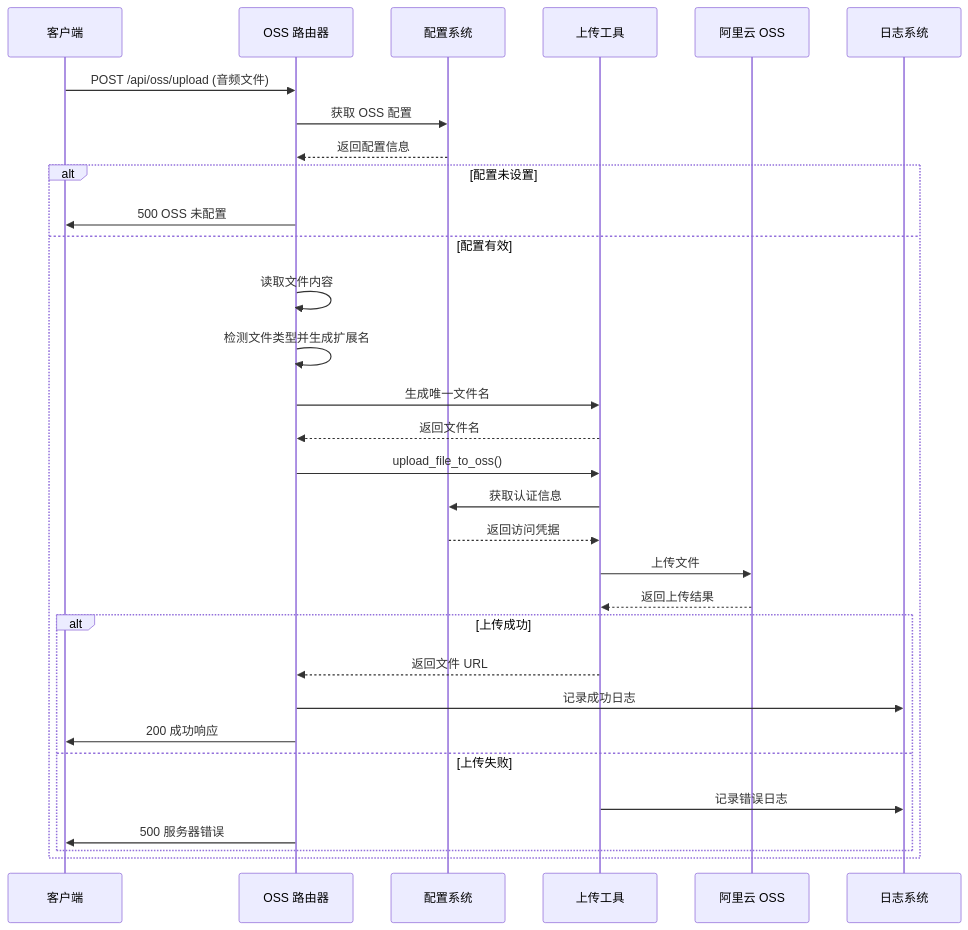
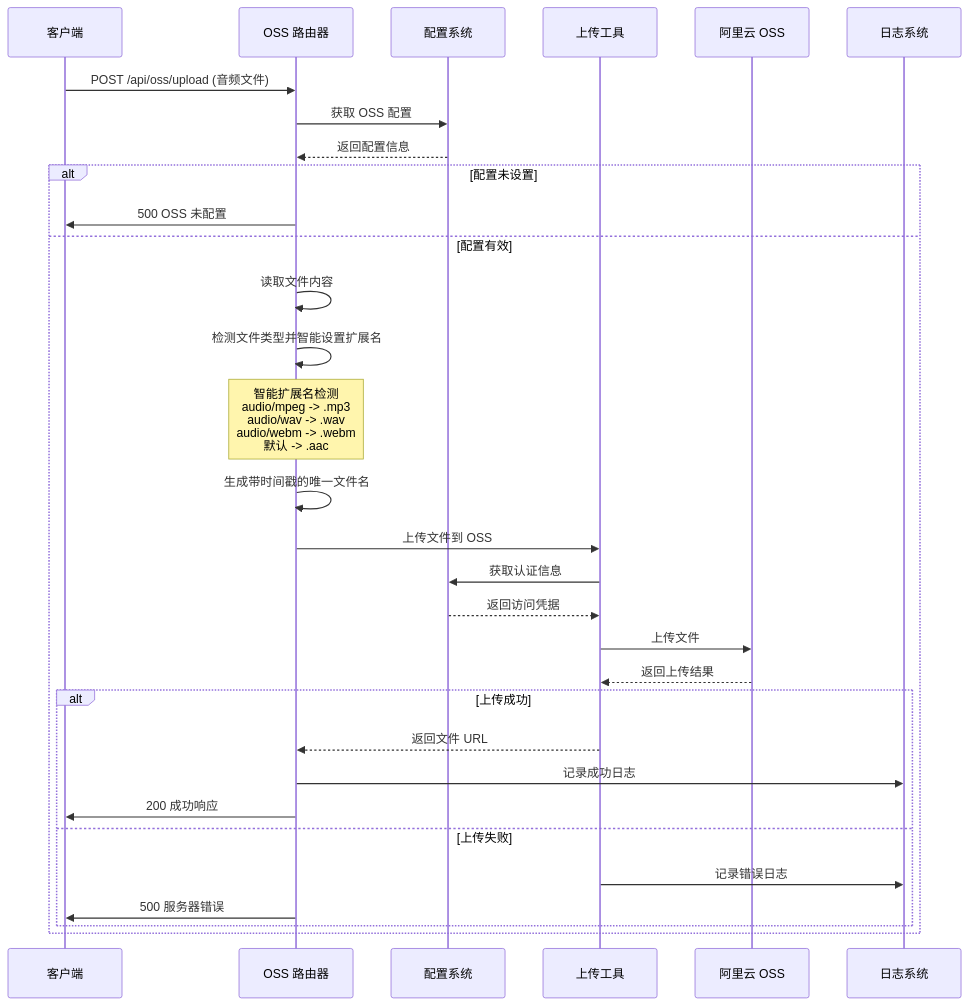
The third of 6 diagrams in .qoder/repowiki/zh/content/架构设计/核心组件详解/网关 API/对象存储路由器.md (hbxfhrg/deer-flow), drawn with Mermaid before and after one commit. The commit also changed other lines of this file and 18 other files, not shown here.

````diff
--- a/.qoder/repowiki/zh/content/架构设计/核心组件详解/网关 API/对象存储路由器.md
+++ b/.qoder/repowiki/zh/content/架构设计/核心组件详解/网关 API/对象存储路由器.md
@@ -195,33 +224,33 @@
 ```mermaid
 sequenceDiagram
 participant Client as 客户端
 participant Router as OSS 路由器
 participant Config as 配置系统
 participant Utils as 上传工具
 participant OSS as 阿里云 OSS
 participant Logger as 日志系统
 Client->>Router : POST /api/oss/upload (音频文件)
 Router->>Config : 获取 OSS 配置
 Config-->>Router : 返回配置信息
 alt 配置未设置
 Router->>Client : 500 OSS 未配置
 else 配置有效
 Router->>Router : 读取文件内容
-Router->>Router : 检测文件类型并生成扩展名
-Router->>Utils : 生成唯一文件名
-Utils-->>Router : 返回文件名
-Router->>Utils : upload_file_to_oss()
+Router->>Router : 检测文件类型并智能设置扩展名
+Note over Router : 智能扩展名检测<br/>audio/mpeg -> .mp3<br/>audio/wav -> .wav<br/>audio/webm -> .webm<br/>默认 -> .aac
+Router->>Router : 生成带时间戳的唯一文件名
+Router->>Utils : 上传文件到 OSS
 Utils->>Config : 获取认证信息
 Config-->>Utils : 返回访问凭据
 Utils->>OSS : 上传文件
 OSS-->>Utils : 返回上传结果
 alt 上传成功
 Utils-->>Router : 返回文件 URL
 Router->>Logger : 记录成功日志
 Router->>Client : 200 成功响应
 else 上传失败
 Utils->>Logger : 记录错误日志
 Router->>Client : 500 服务器错误
 end
 end
 ```
````
